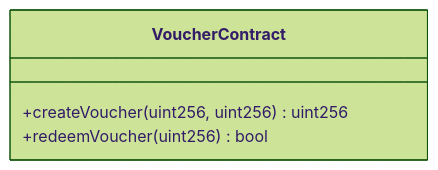
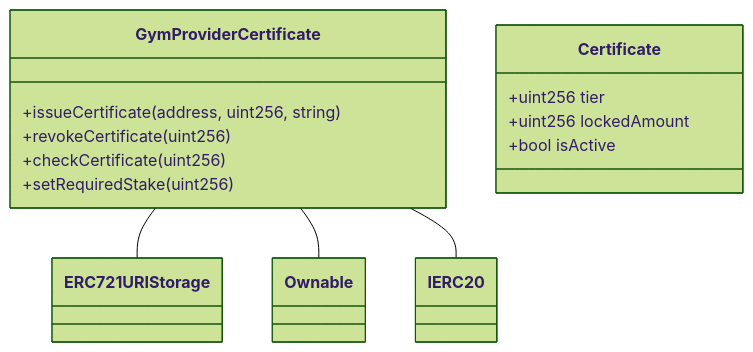
One commit to DeGym/documentation changed the fourth of 6 diagrams in technical/smart-contracts.md. Above: the diagram before and after it, drawn with Mermaid. The commit also changed other lines of this file, not shown here.

````diff
--- a/technical/smart-contracts.md
+++ b/technical/smart-contracts.md
@@ -168,9 +351,19 @@
 ```mermaid
 %%{init: {'theme': 'forest'}}%%
 
 classDiagram
-    class VoucherContract {
-      +createVoucher(uint256, uint256) uint256
-      +redeemVoucher(uint256) bool
+    class GymProviderCertificate {
+      +issueCertificate(address, uint256, string)
+      +revokeCertificate(uint256)
+      +checkCertificate(uint256)
+      +setRequiredStake(uint256)
     }
+    GymProviderCertificate -- ERC721URIStorage
+    GymProviderCertificate -- Ownable
+    class Certificate {
+      +uint256 tier
+      +uint256 lockedAmount
+      +bool isActive
+    }
+    GymProviderCertificate -- IERC20
 ```
````
